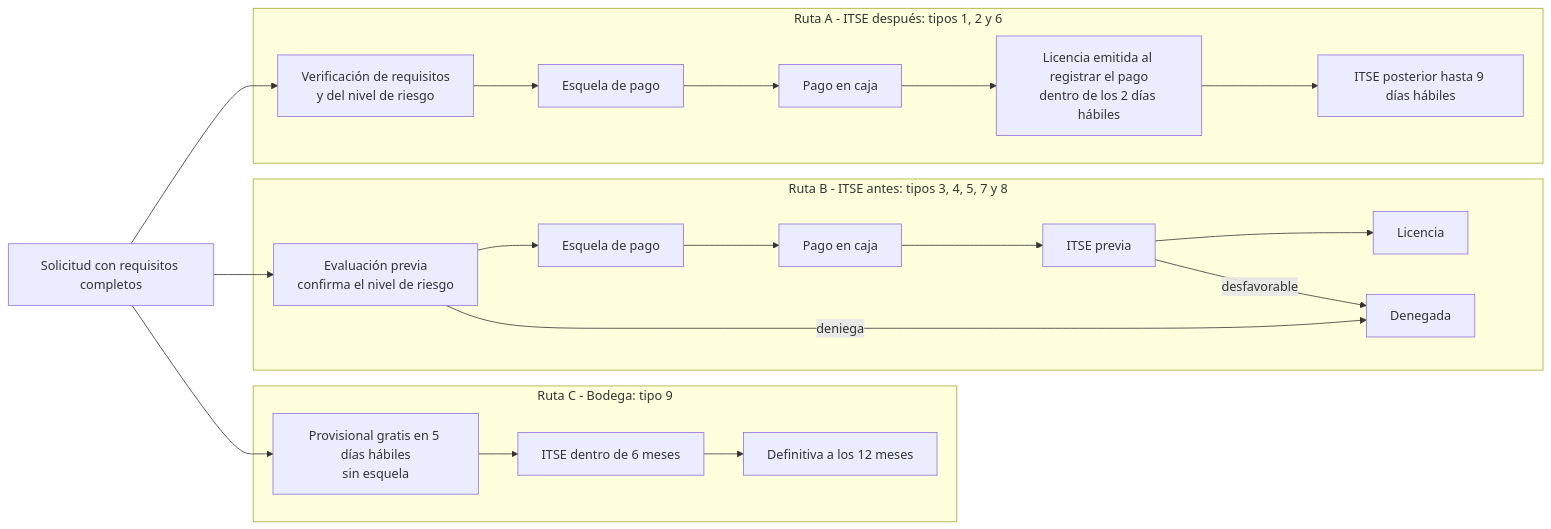
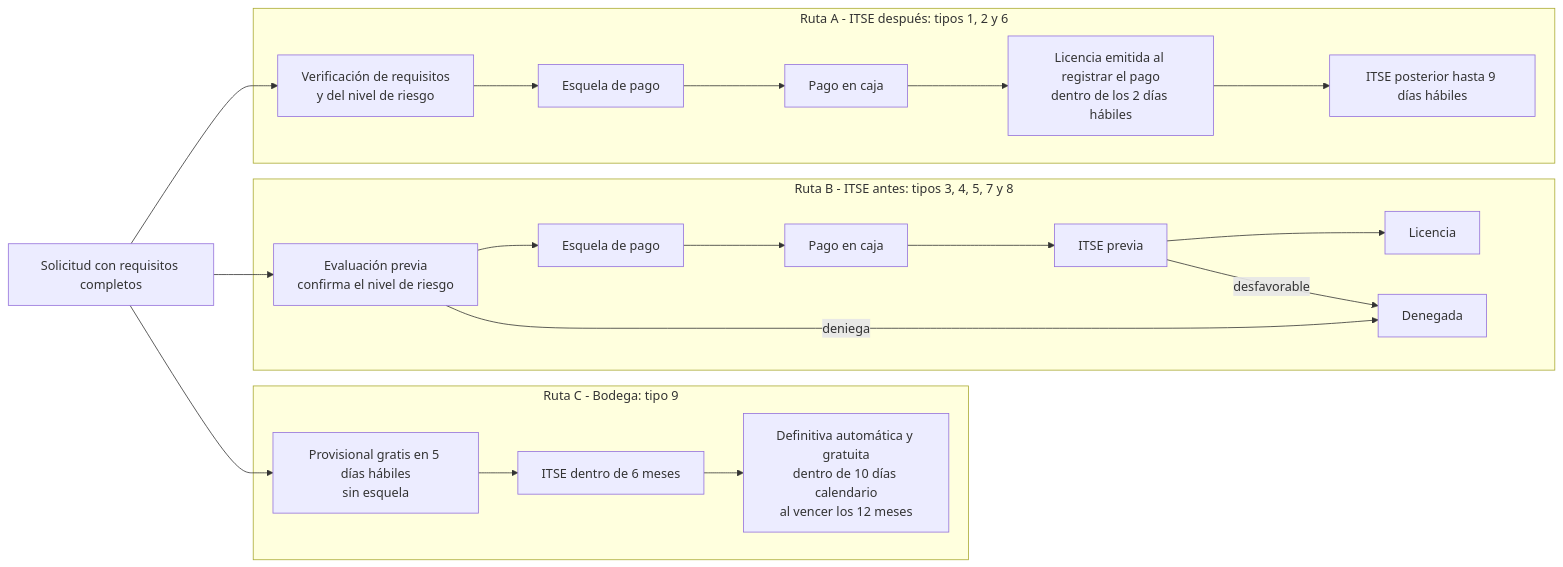
Before and after one commit to yeymyloson18/Licencias-Huanta-arquitSoft-JEIMY: the second of 2 diagrams in docs/02-arquitectura-software/arquitectura-inicial.md, drawn with Mermaid. The commit also changed other lines of this file and 7 other files, not shown here.

````diff
--- a/docs/02-arquitectura-software/arquitectura-inicial.md
+++ b/docs/02-arquitectura-software/arquitectura-inicial.md
@@ -93,20 +93,20 @@
 ```mermaid
 flowchart LR
     S["Solicitud con requisitos completos"] --> A0
     S --> B0
     S --> C1
 
     subgraph RA["Ruta A - ITSE después: tipos 1, 2 y 6"]
         A0["Verificación de requisitos<br/>y del nivel de riesgo"] --> A4["Esquela de pago"] --> A1["Pago en caja"] --> A2["Licencia emitida al registrar el pago<br/>dentro de los 2 días hábiles"] --> A3["ITSE posterior hasta 9 días hábiles"]
     end
 
     subgraph RB["Ruta B - ITSE antes: tipos 3, 4, 5, 7 y 8"]
         B0["Evaluación previa<br/>confirma el nivel de riesgo"] --> B4["Esquela de pago"] --> B1["Pago en caja"] --> B2["ITSE previa"] --> B3["Licencia"]
         B0 -->|"deniega"| BX["Denegada"]
         B2 -->|"desfavorable"| BX
     end
 
     subgraph RC["Ruta C - Bodega: tipo 9"]
-        C1["Provisional gratis en 5 días hábiles<br/>sin esquela"] --> C2["ITSE dentro de 6 meses"] --> C3["Definitiva a los 12 meses"]
+        C1["Provisional gratis en 5 días hábiles<br/>sin esquela"] --> C2["ITSE dentro de 6 meses"] --> C3["Definitiva automática y gratuita<br/>dentro de 10 días calendario<br/>al vencer los 12 meses"]
     end
 ```
````
